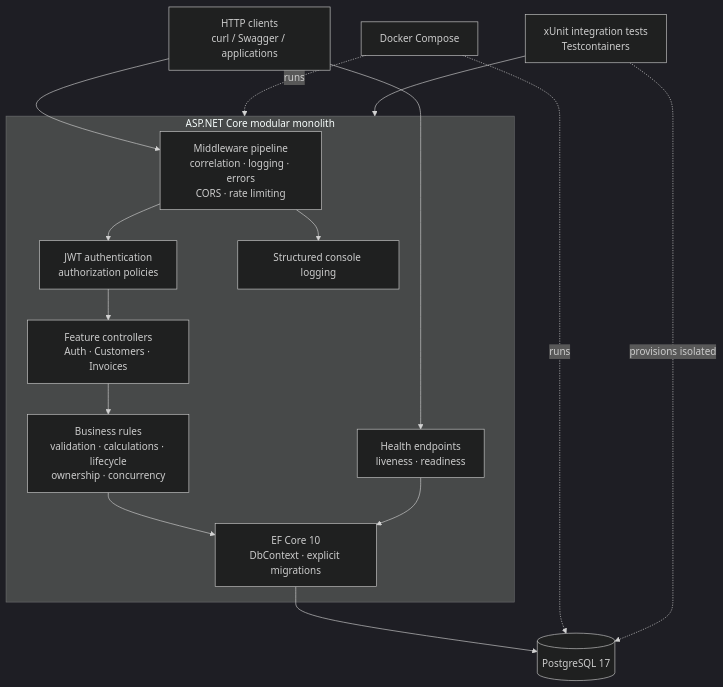
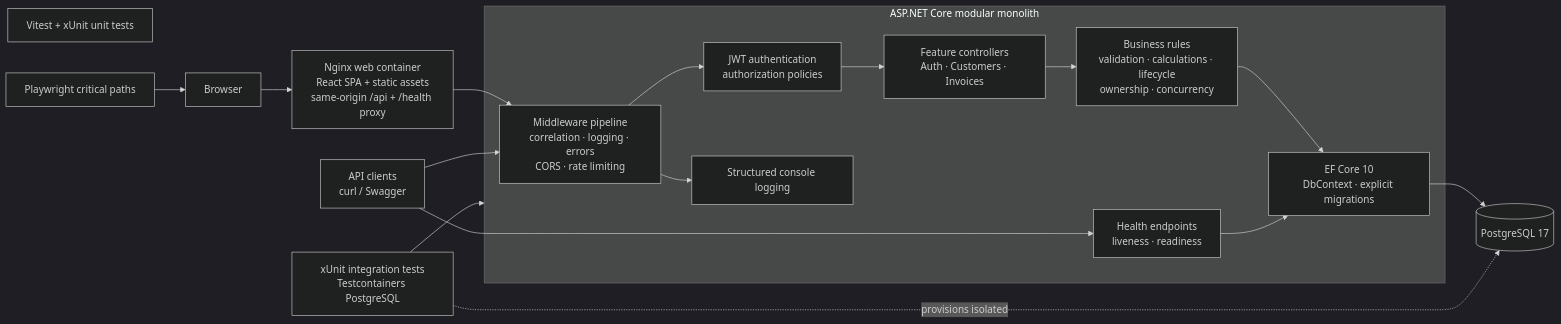
The first of 2 diagrams in docs/architecture.md (emrealtinbas/InvoiceFlow), drawn with Mermaid (dark theme) before and after one commit. The commit also changed other lines of this file and 186 other files, not shown here.

````diff
--- a/docs/architecture.md
+++ b/docs/architecture.md
@@ -16,30 +17,34 @@
 ```mermaid
-flowchart TB
-    Client[HTTP clients<br/>curl / Swagger / applications]
-    Compose[Docker Compose]
-    Tests[xUnit integration tests<br/>Testcontainers]
+flowchart LR
+    Browser[Browser]
+    Web[Nginx web container<br/>React SPA + static assets<br/>same-origin /api + /health proxy]
+    Client[API clients<br/>curl / Swagger]
 
     subgraph API[ASP.NET Core modular monolith]
         Pipeline[Middleware pipeline<br/>correlation · logging · errors<br/>CORS · rate limiting]
         Security[JWT authentication<br/>authorization policies]
         Features[Feature controllers<br/>Auth · Customers · Invoices]
         Domain[Business rules<br/>validation · calculations · lifecycle<br/>ownership · concurrency]
         Health[Health endpoints<br/>liveness · readiness]
         Logging[Structured console logging]
         EF[EF Core 10<br/>DbContext · explicit migrations]
 
         Pipeline --> Security --> Features --> Domain --> EF
         Pipeline --> Logging
         Health --> EF
     end
 
     PostgreSQL[(PostgreSQL 17)]
 
+    Browser --> Web
+    Web --> Pipeline
     Client --> Pipeline
     Client --> Health
     EF --> PostgreSQL
-    Compose -. runs .-> API
-    Compose -. runs .-> PostgreSQL
-    Tests --> API
-    Tests -. provisions isolated .-> PostgreSQL
+    Unit[Vitest + xUnit unit tests]
+    E2E[Playwright critical paths]
+    Integration[xUnit integration tests<br/>Testcontainers PostgreSQL]
+    E2E --> Browser
+    Integration --> API
+    Integration -. provisions isolated .-> PostgreSQL
 ```
````
